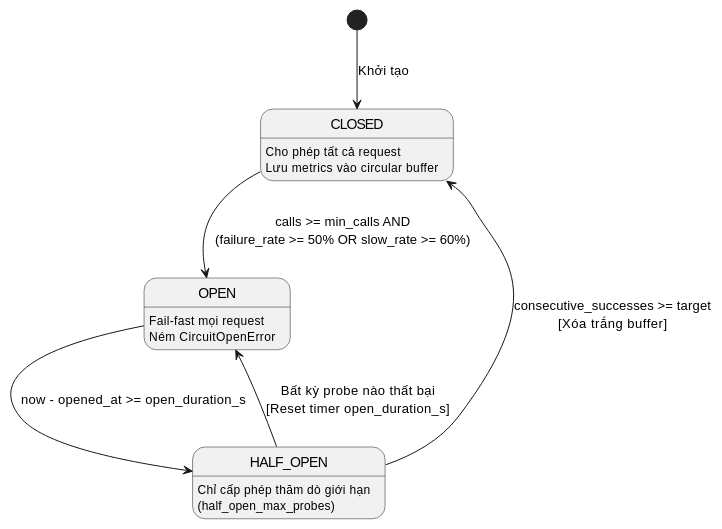
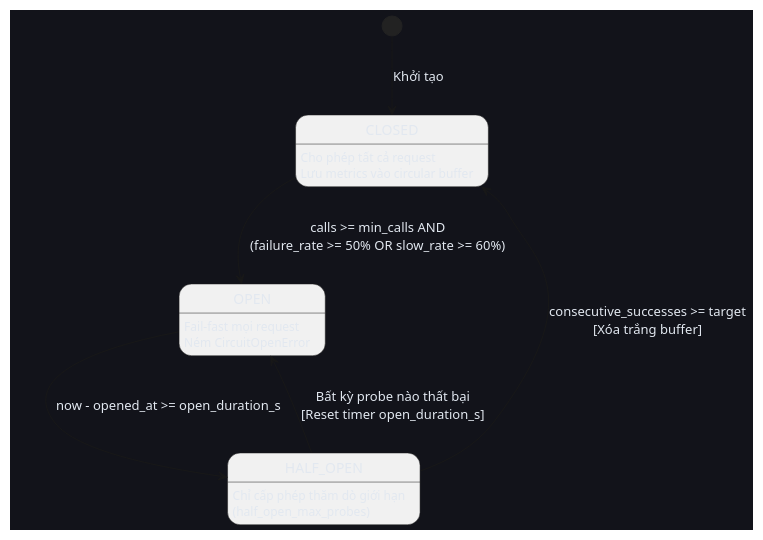
One commit to Khanh-AI-Developer/K4-Track03-Day25-2A202602851-Nguyen-Gia-Khanh-Circuit-Breakers-Caching-Reliability changed the sixth of 12 diagrams in WORKFLOW_UML.md. Above: the diagram before and after it, drawn with PlantUML. The commit also changed other lines of this file, not shown here.

Commit message:
docs: apply eye-friendly dark mode theme and mermaid dark styling to WORKFLOW_UML.md

````diff
--- a/WORKFLOW_UML.md
+++ b/WORKFLOW_UML.md
@@ -312,25 +381,29 @@
 ```plantuml
 @startuml
+skinparam backgroundColor #12131a
+skinparam defaultFontColor #e2e8f0
+skinparam defaultFontName "Segoe UI"
+
 [*] --> CLOSED : Khởi tạo
 
 state CLOSED {
     CLOSED : Cho phép tất cả request
     CLOSED : Lưu metrics vào circular buffer
 }
 
 state OPEN {
     OPEN : Fail-fast mọi request
     OPEN : Ném CircuitOpenError
 }
 
 state HALF_OPEN {
     HALF_OPEN : Chỉ cấp phép thăm dò giới hạn
     HALF_OPEN : (half_open_max_probes)
 }
 
 CLOSED --> OPEN : calls >= min_calls AND\n(failure_rate >= 50% OR slow_rate >= 60%)
 OPEN --> HALF_OPEN : now - opened_at >= open_duration_s
 HALF_OPEN --> CLOSED : consecutive_successes >= target\n[Xóa trắng buffer]
 HALF_OPEN --> OPEN : Bất kỳ probe nào thất bại\n[Reset timer open_duration_s]
 @enduml
 ```
````
